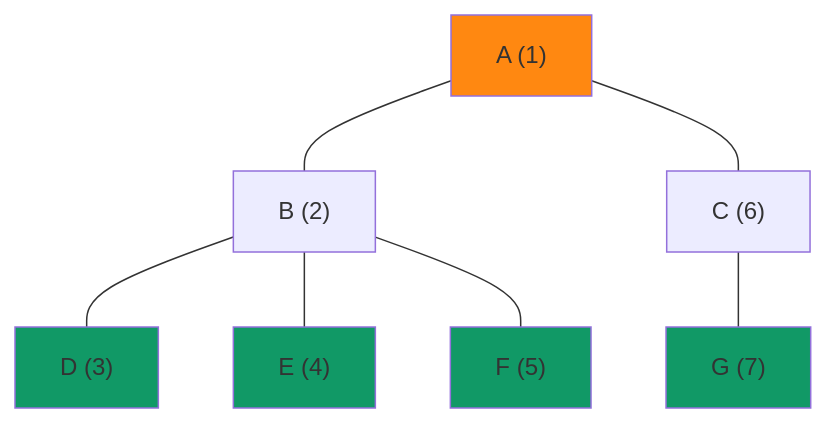
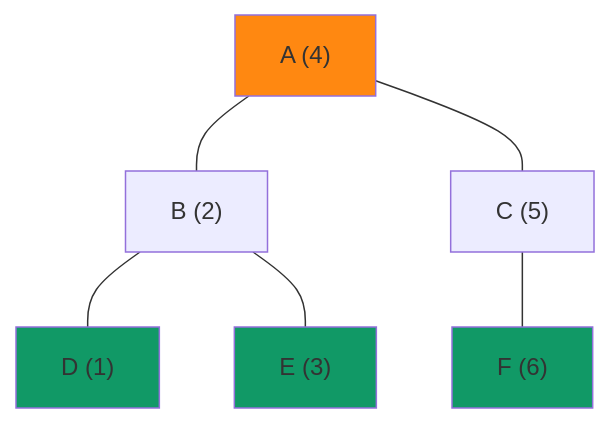
Before and after one commit to adrientaudiere/cours_nsi: the fourth of 6 diagrams in docs/terminal/algo.md, drawn with Mermaid. The commit also changed other lines of this file and 4 other files, not shown here.

````diff
--- a/docs/terminal/algo.md
+++ b/docs/terminal/algo.md
@@ -325,13 +336,12 @@
 ```mermaid
 flowchart TD
-    A["A (1)"]:::racine --- B["B (2)"]
-    A --- C["C (6)"]
-    B --- D["D (3)"]:::feuille
-    B --- E["E (4)"]:::feuille
-    B --- F["F (5)"]:::feuille
-    C --- G["G (7)"]:::feuille
+    A["A (4)"]:::racine --- B["B (2)"]
+    A --- C["C (5)"]
+    B --- D["D (1)"]:::feuille
+    B --- E["E (3)"]:::feuille
+    C --- F["F (6)"]:::feuille
 
     classDef racine fill:#f81;
     classDef feuille fill:#196;
 
 ```
````
